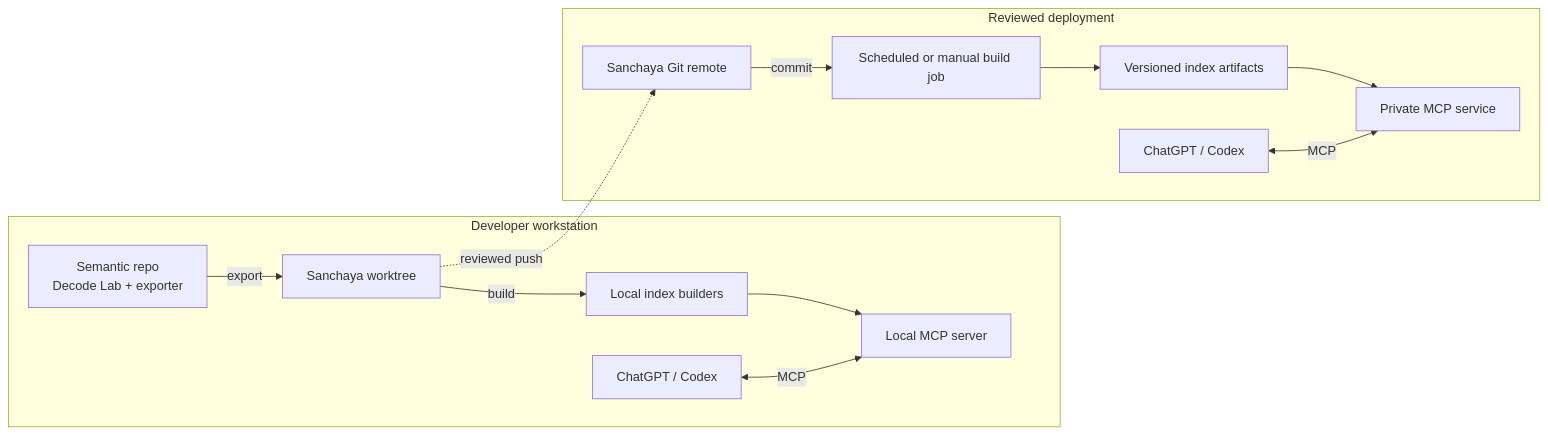
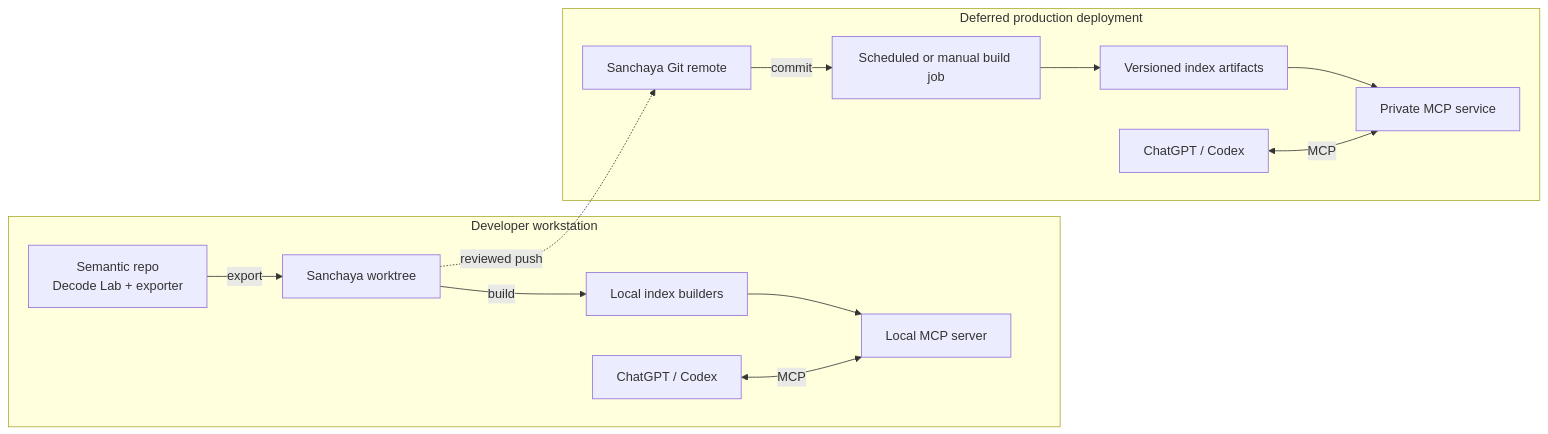
One commit to suchakr/patra-darpan changed the fifth of 5 diagrams in docs/iscls/architecture.md. Above: the diagram before and after it, drawn with Mermaid. The commit also changed other lines of this file and 4 other files, not shown here.

````diff
--- a/docs/iscls/architecture.md
+++ b/docs/iscls/architecture.md
@@ -486,28 +516,28 @@
 ```mermaid
 flowchart LR
     subgraph DEV[Developer workstation]
         P[Semantic repo<br/>Decode Lab + exporter]
         SW[Sanchaya worktree]
         BI[Local index builders]
         LM[Local MCP server]
         CH[ChatGPT / Codex]
         P -->|export| SW
         SW -->|build| BI
         BI --> LM
         CH <-->|MCP| LM
     end
 
-    subgraph PROD[Reviewed deployment]
+    subgraph PROD[Deferred production deployment]
         GH[Sanchaya Git remote]
         JOB[Scheduled or manual build job]
         IA[Versioned index artifacts]
         PM[Private MCP service]
         HOST[ChatGPT / Codex]
         GH -->|commit| JOB
         JOB --> IA
         IA --> PM
         HOST <-->|MCP| PM
     end
 
     SW -.->|reviewed push| GH
 ```
````
